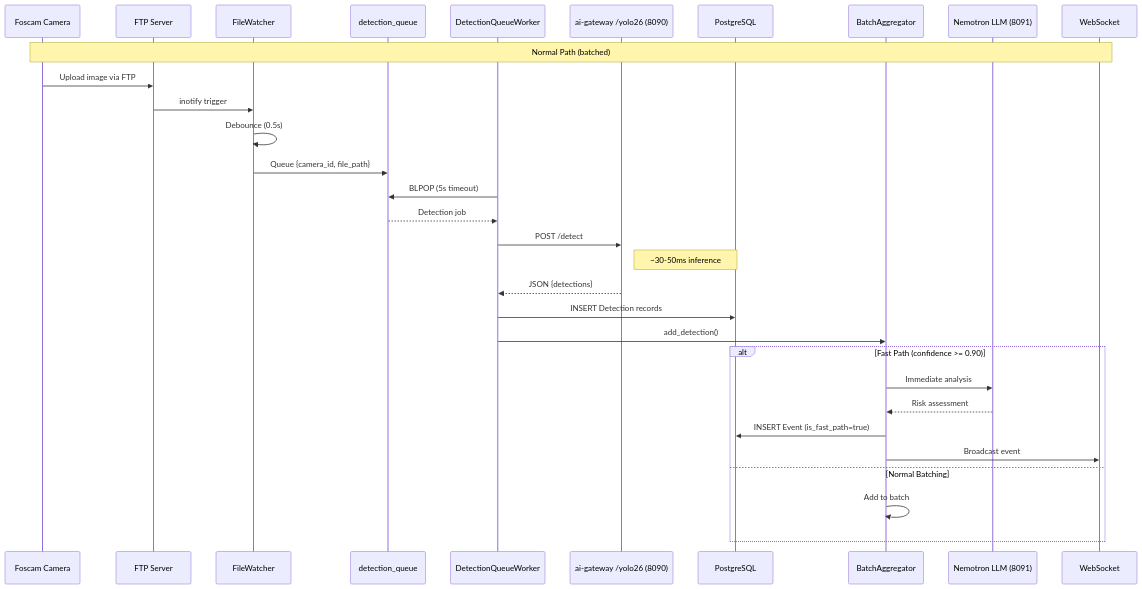
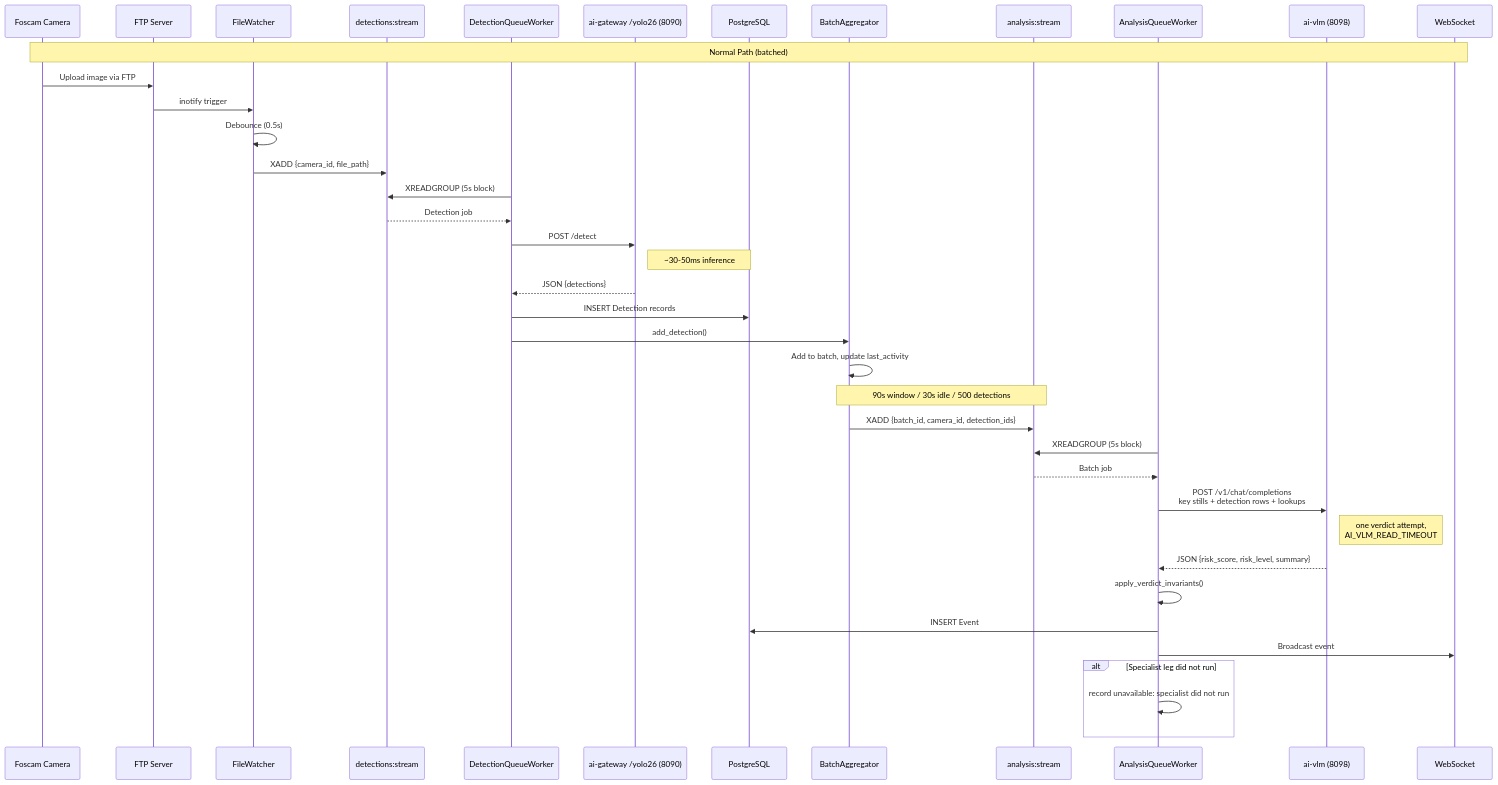
Diagram 11 of 13 in docs/style-guides/diagrams.md (mikesvoboda/nemotron-v3-home-security-intelligence), drawn with Mermaid before and after one commit. The commit also changed other lines of this file and 231 other files, not shown here.

````diff
--- a/docs/style-guides/diagrams.md
+++ b/docs/style-guides/diagrams.md
@@ -518,38 +518,48 @@
 ```mermaid
 sequenceDiagram
     participant Camera as Foscam Camera
     participant FTP as FTP Server
     participant FW as FileWatcher
-    participant DQ as detection_queue
+    participant DQ as detections:stream
     participant DW as DetectionQueueWorker
     participant RT as ai-gateway /yolo26 (8090)
     participant DB as PostgreSQL
     participant BA as BatchAggregator
-    participant NEM as Nemotron LLM (8091)
+    participant AQ as analysis:stream
+    participant AW as AnalysisQueueWorker
+    participant VLM as ai-vlm (8098)
     participant WS as WebSocket
 
     Note over Camera,WS: Normal Path (batched)
     Camera->>FTP: Upload image via FTP
     FTP->>FW: inotify trigger
     FW->>FW: Debounce (0.5s)
-    FW->>DQ: Queue {camera_id, file_path}
+    FW->>DQ: XADD {camera_id, file_path}
 
-    DW->>DQ: BLPOP (5s timeout)
+    DW->>DQ: XREADGROUP (5s block)
     DQ-->>DW: Detection job
 
     DW->>RT: POST /detect
     Note right of RT: ~30-50ms inference
     RT-->>DW: JSON {detections}
     DW->>DB: INSERT Detection records
 
     DW->>BA: add_detection()
+    BA->>BA: Add to batch, update last_activity
 
-    alt Fast Path (confidence >= 0.90)
-        BA->>NEM: Immediate analysis
-        NEM-->>BA: Risk assessment
-        BA->>DB: INSERT Event (is_fast_path=true)
-        BA->>WS: Broadcast event
-    else Normal Batching
-        BA->>BA: Add to batch
+    Note over BA,AQ: 90s window / 30s idle / 500 detections
+    BA->>AQ: XADD {batch_id, camera_id, detection_ids}
+
+    AW->>AQ: XREADGROUP (5s block)
+    AQ-->>AW: Batch job
+    AW->>VLM: POST /v1/chat/completions<br/>key stills + detection rows + lookups
+    Note right of VLM: one verdict attempt,<br/>AI_VLM_READ_TIMEOUT
+    VLM-->>AW: JSON {risk_score, risk_level, summary}
+    AW->>AW: apply_verdict_invariants()
+    AW->>DB: INSERT Event
+    AW->>WS: Broadcast event
+
+    alt Specialist leg did not run
+        AW->>AW: record unavailable: specialist did not run
     end
 ```
````
